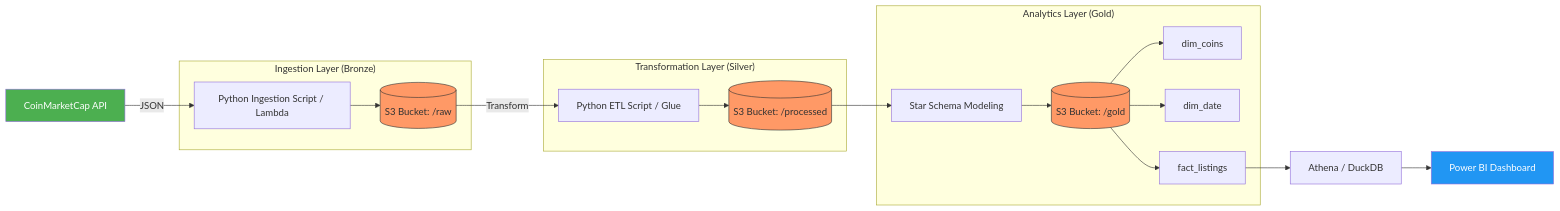
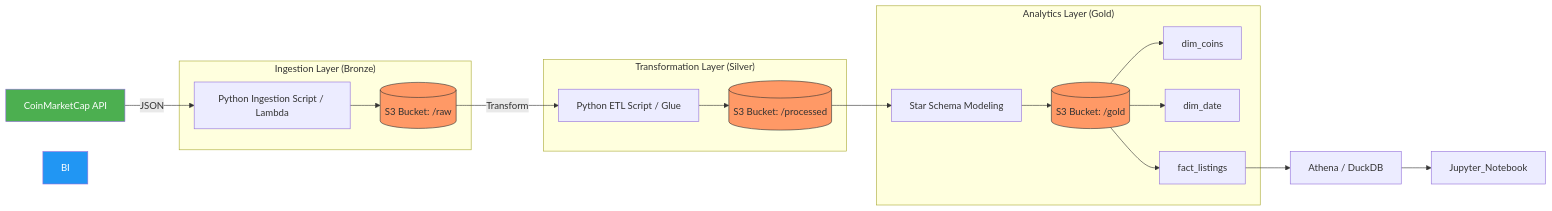
Before and after one commit to harrold-mussa/marketcap-crypto-analysis: the diagram in README.md, drawn with Mermaid. The commit also changed other lines of this file and 9 other files, not shown here.

````diff
--- a/README.md
+++ b/README.md
@@ -9,45 +7,45 @@
 ```mermaid
 graph LR
     %% Source
     API[CoinMarketCap API]
 
     subgraph "Ingestion Layer (Bronze)"
         Lambda[Python Ingestion Script / Lambda]
         S3_RAW[(S3 Bucket: /raw)]
     end
 
     subgraph "Transformation Layer (Silver)"
         Glue[Python ETL Script / Glue]
         S3_PROCESSED[(S3 Bucket: /processed)]
     end
 
     subgraph "Analytics Layer (Gold)"
         Modeling[Star Schema Modeling]
         S3_GOLD[(S3 Bucket: /gold)]
         DIM_C[dim_coins]
         DIM_D[dim_date]
         FACT[fact_listings]
     end
 
     %% Flow
     API -->|JSON| Lambda
     Lambda --> S3_RAW
     S3_RAW -->|Transform| Glue
     Glue --> S3_PROCESSED
     S3_PROCESSED --> Modeling
     Modeling --> S3_GOLD
     S3_GOLD --> DIM_C
     S3_GOLD --> DIM_D
     S3_GOLD --> FACT
 
     %% Final Consumption
     FACT --> ATHENA[Athena / DuckDB]
-    ATHENA --> BI[Power BI Dashboard]
+    ATHENA --> Jupyter_Notebook
 
     %% Styling
     style S3_RAW fill:#f96,stroke:#333
     style S3_PROCESSED fill:#f96,stroke:#333
     style S3_GOLD fill:#f96,stroke:#333
     style API fill:#4CAF50,color:#fff
     style BI fill:#2196F3,color:#fff
 ```
````
